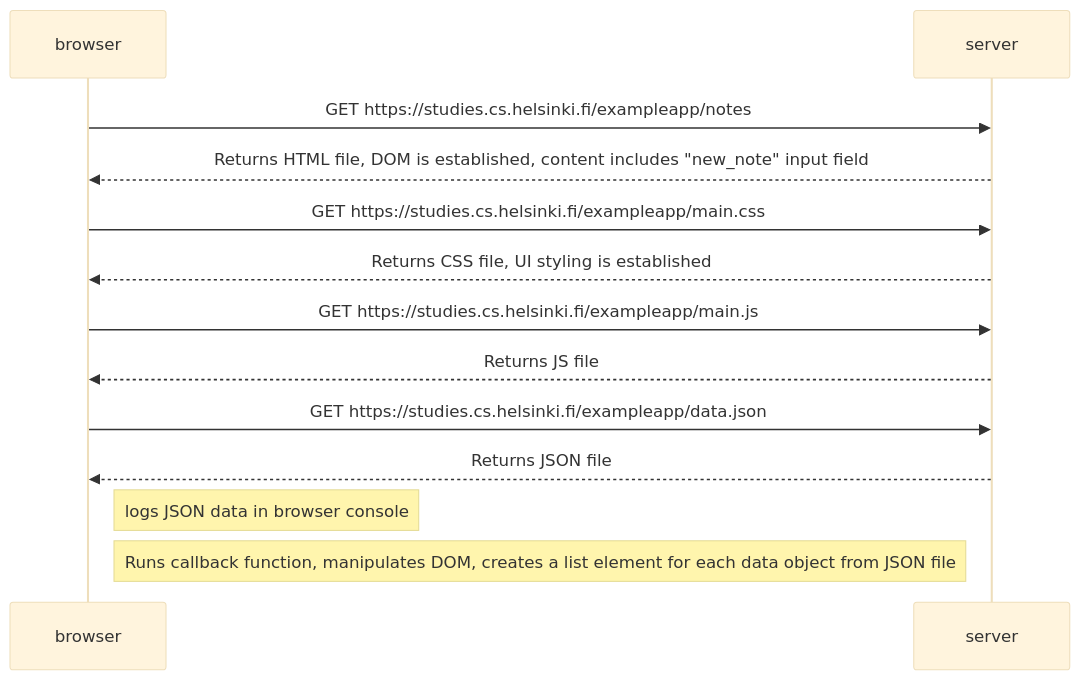
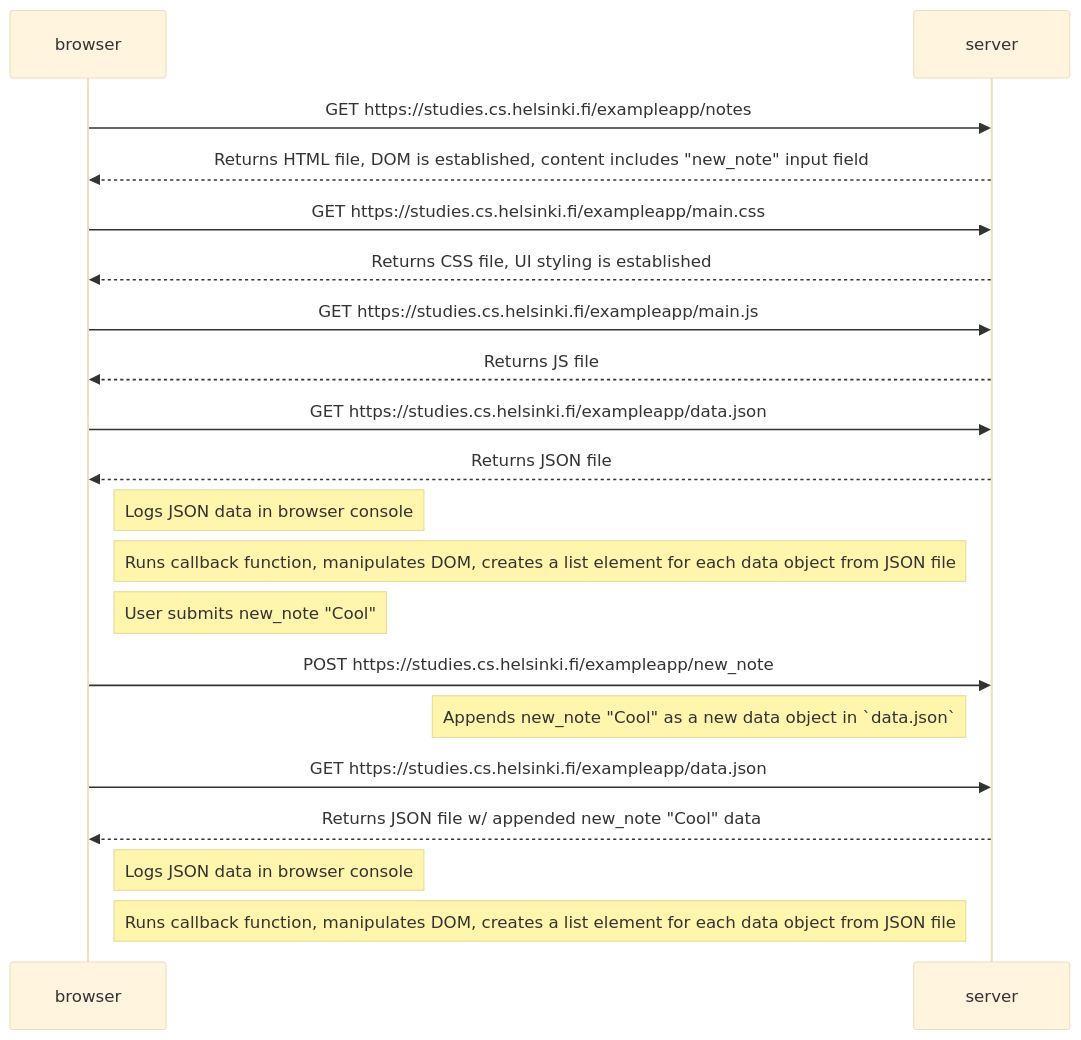
One commit to derekluciani/fullstackopen changed the diagram in part0/exercise-0.4.md. Above: the diagram before and after it, drawn with Mermaid (base theme).

````diff
--- a/part0/exercise-0.4.md
+++ b/part0/exercise-0.4.md
@@ -1,20 +1,26 @@
 ```mermaid
 sequenceDiagram
     participant browser
     participant server
 
     browser->>server: GET https://studies.cs.helsinki.fi/exampleapp/notes
     server-->>browser: Returns HTML file, DOM is established, content includes "new_note" input field
 
     browser->>server: GET https://studies.cs.helsinki.fi/exampleapp/main.css
     server-->>browser: Returns CSS file, UI styling is established
 
     browser->>server: GET https://studies.cs.helsinki.fi/exampleapp/main.js
     server-->>browser: Returns JS file
     browser->>server: GET https://studies.cs.helsinki.fi/exampleapp/data.json
     server-->>browser: Returns JSON file
-    note right of browser: logs JSON data in browser console
+    note right of browser: Logs JSON data in browser console
     note right of browser: Runs callback function, manipulates DOM, creates a list element for each data object from JSON file
 
-    
+    note right of browser: User submits new_note "Cool"
+    browser->>server: POST https://studies.cs.helsinki.fi/exampleapp/new_note
+    note left of server: Appends new_note "Cool" as a new data object in `data.json`
+    browser->>server: GET https://studies.cs.helsinki.fi/exampleapp/data.json
+    server-->>browser: Returns JSON file w/ appended new_note "Cool" data
+    note right of browser: Logs JSON data in browser console
+    note right of browser: Runs callback function, manipulates DOM, creates a list element for each data object from JSON file
 ```
````
